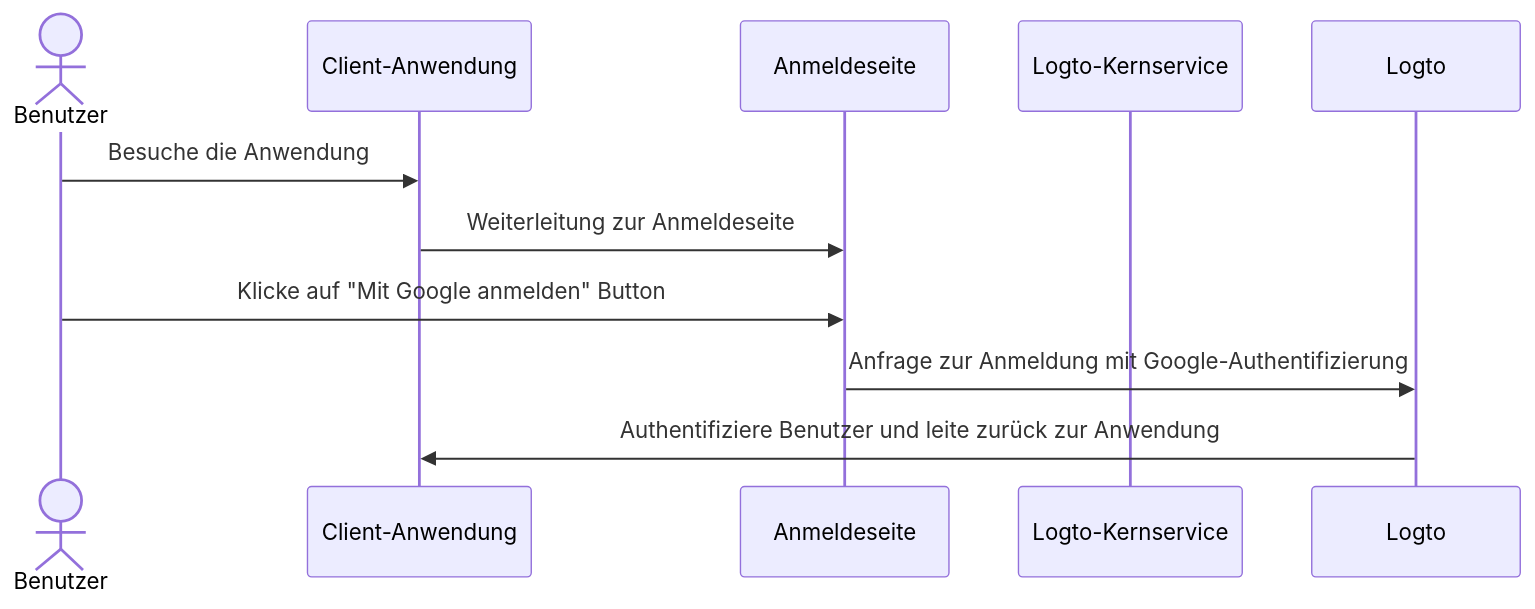
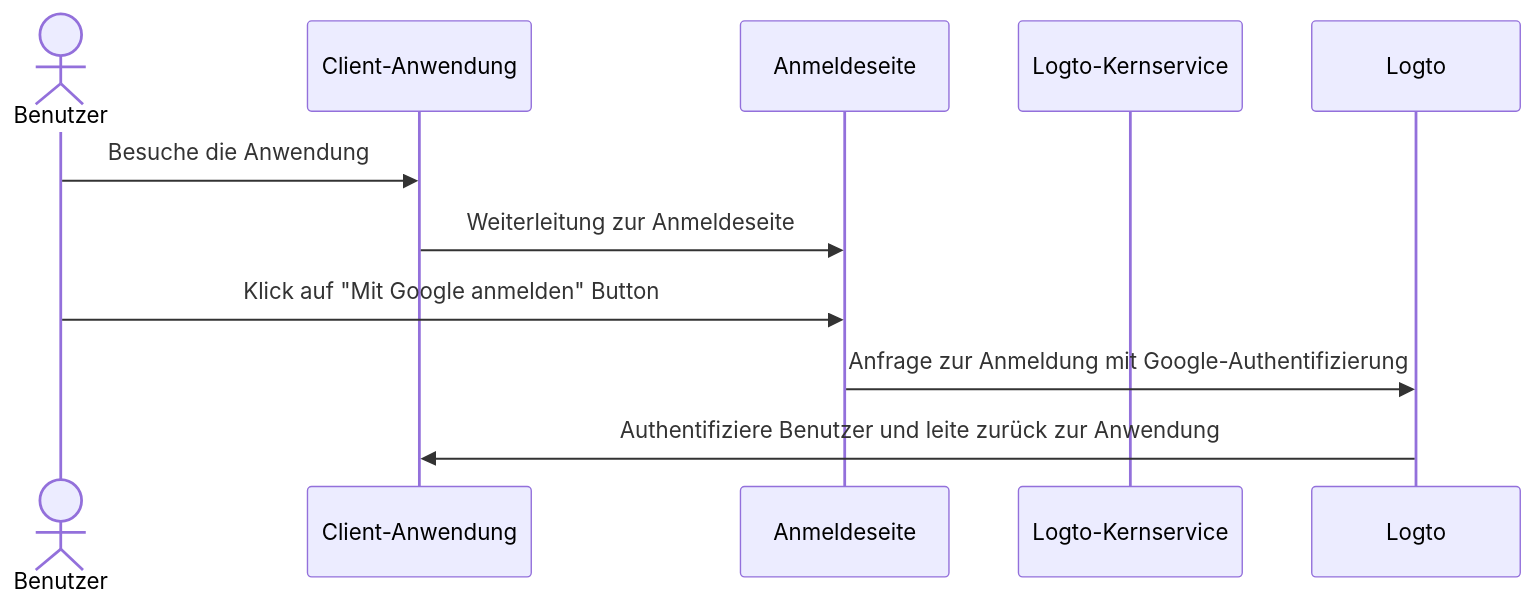
One commit to logto-io/docs changed the second of 5 diagrams in i18n/de/docusaurus-plugin-content-docs/current/end-user-flows/sign-up-and-sign-in/social-sign-in.mdx. Above: the diagram before and after it, drawn with Mermaid. The commit also changed other lines of this file and 2629 other files, not shown here.

````diff
--- a/i18n/de/docusaurus-plugin-content-docs/current/end-user-flows/sign-up-and-sign-in/social-sign-in.mdx
+++ b/i18n/de/docusaurus-plugin-content-docs/current/end-user-flows/sign-up-and-sign-in/social-sign-in.mdx
@@ -72,13 +75,13 @@
 ```mermaid
 sequenceDiagram
 actor user as Benutzer
     participant app as Client-Anwendung
     participant experience as Anmeldeseite
     participant logto as Logto-Kernservice
 
     user->>app: Besuche die Anwendung
     app->>experience: Weiterleitung zur Anmeldeseite
-    user->>experience: Klicke auf "Mit Google anmelden" Button
+    user->>experience: Klick auf "Mit Google anmelden" Button
     experience->>Logto: Anfrage zur Anmeldung mit Google-Authentifizierung
     Logto->>app: Authentifiziere Benutzer und leite zurück zur Anwendung
 ```
````
